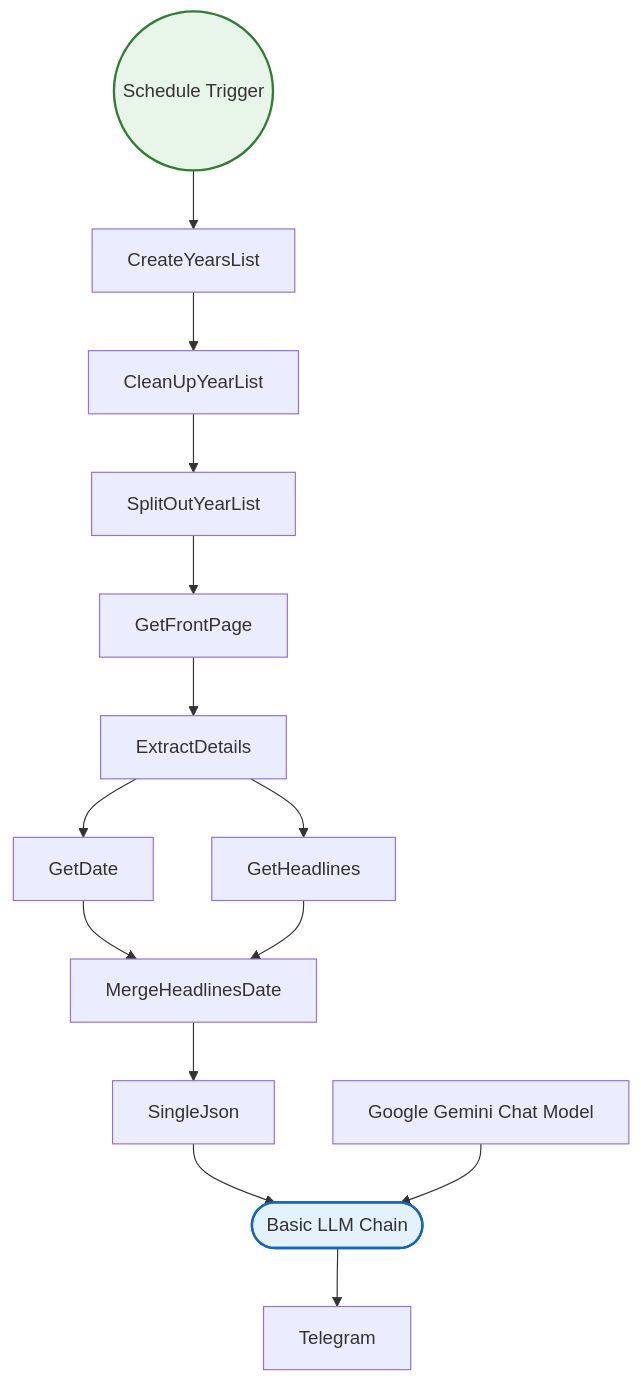
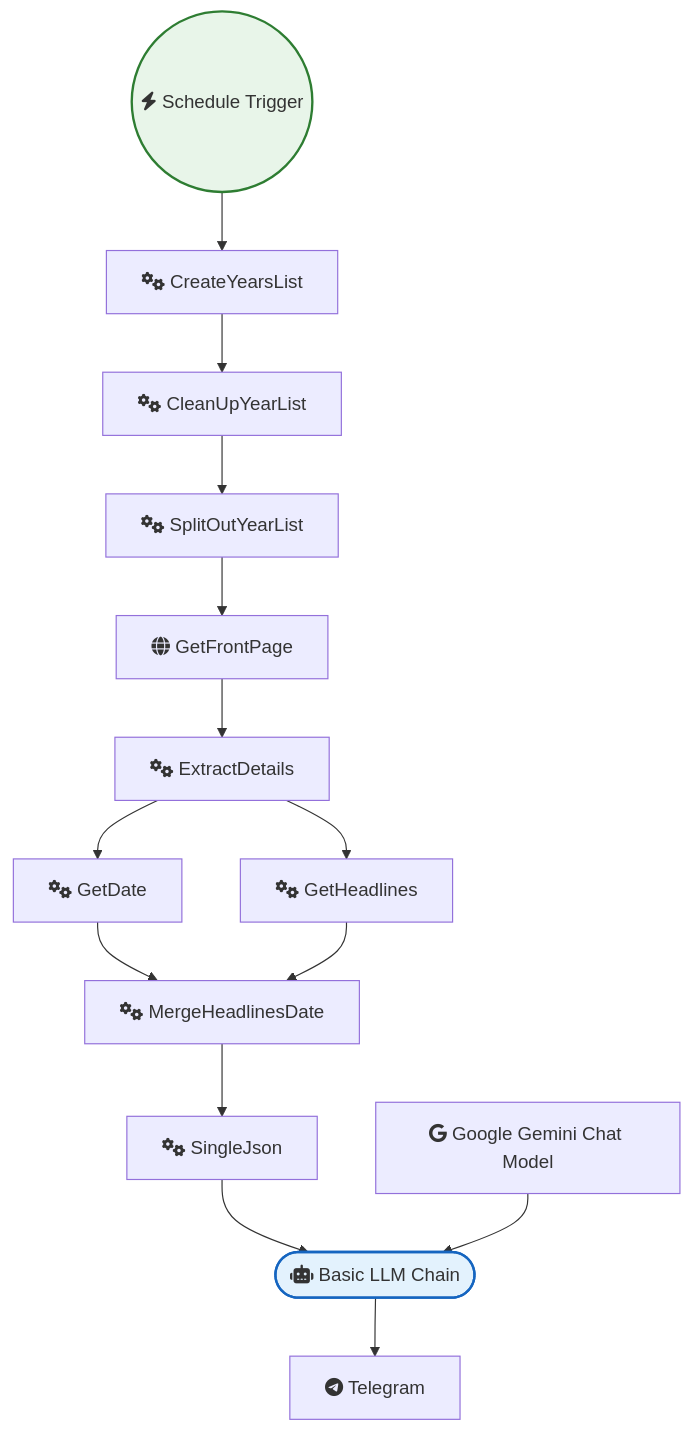
Before and after one commit to sreyash3105/N8N-DEMO-AUTOMATIONS: the diagram in Other_Integrations_and_Use_Cases/Hacker News Throwback Machine - See What Was Hot on This Day Every Year.md, drawn with Mermaid. The commit also changed 291 other files, not shown here.

````diff
--- a/Other_Integrations_and_Use_Cases/Hacker News Throwback Machine - See What Was Hot on This Day Every Year.md
+++ b/Other_Integrations_and_Use_Cases/Hacker News Throwback Machine - See What Was Hot on This Day Every Year.md
@@ -1,34 +1,34 @@
 ```mermaid
 graph TD
     classDef trigger fill:#e8f5e9,stroke:#2e7d32,stroke-width:2px;
     classDef ai fill:#e3f2fd,stroke:#1565c0,stroke-width:2px;
     classDef logic fill:#fff3e0,stroke:#ef6c00,stroke-width:2px;
 
-    Basic_LLM_Chain(["Basic LLM Chain"]):::ai
-    Google_Gemini_Chat_Model["Google Gemini Chat Model"]
-    Schedule_Trigger(("Schedule Trigger")):::trigger
-    CreateYearsList["CreateYearsList"]
-    CleanUpYearList["CleanUpYearList"]
-    SplitOutYearList["SplitOutYearList"]
-    GetFrontPage["GetFrontPage"]
-    ExtractDetails["ExtractDetails"]
-    GetHeadlines["GetHeadlines"]
-    GetDate["GetDate"]
-    MergeHeadlinesDate["MergeHeadlinesDate"]
-    SingleJson["SingleJson"]
-    Telegram["Telegram"]
+    Basic_LLM_Chain(["fas:fa-robot Basic LLM Chain"]):::ai
+    Google_Gemini_Chat_Model["fab:fa-google Google Gemini Chat Model"]
+    Schedule_Trigger(("fas:fa-bolt Schedule Trigger")):::trigger
+    CreateYearsList["fas:fa-cogs CreateYearsList"]
+    CleanUpYearList["fas:fa-cogs CleanUpYearList"]
+    SplitOutYearList["fas:fa-cogs SplitOutYearList"]
+    GetFrontPage["fas:fa-globe GetFrontPage"]
+    ExtractDetails["fas:fa-cogs ExtractDetails"]
+    GetHeadlines["fas:fa-cogs GetHeadlines"]
+    GetDate["fas:fa-cogs GetDate"]
+    MergeHeadlinesDate["fas:fa-cogs MergeHeadlinesDate"]
+    SingleJson["fas:fa-cogs SingleJson"]
+    Telegram["fab:fa-telegram Telegram"]
 
     GetDate --> MergeHeadlinesDate
     SingleJson --> Basic_LLM_Chain
     GetFrontPage --> ExtractDetails
     GetHeadlines --> MergeHeadlinesDate
     ExtractDetails --> GetHeadlines
     ExtractDetails --> GetDate
     Basic_LLM_Chain --> Telegram
     CleanUpYearList --> SplitOutYearList
     CreateYearsList --> CleanUpYearList
     Schedule_Trigger --> CreateYearsList
     SplitOutYearList --> GetFrontPage
     MergeHeadlinesDate --> SingleJson
     Google_Gemini_Chat_Model --> Basic_LLM_Chain
 ```
````
